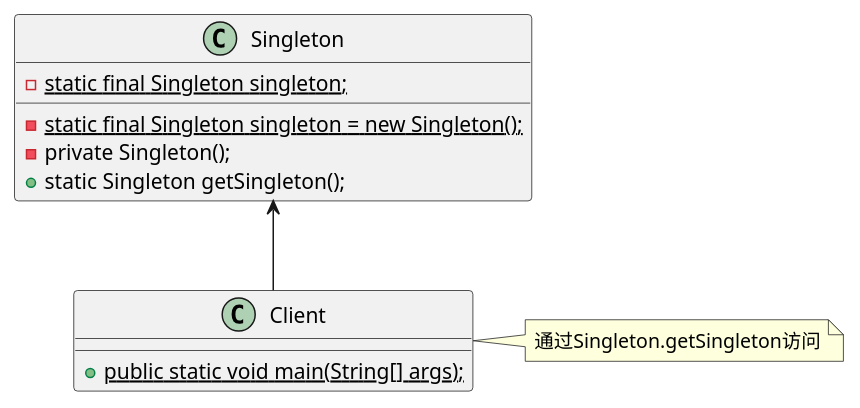
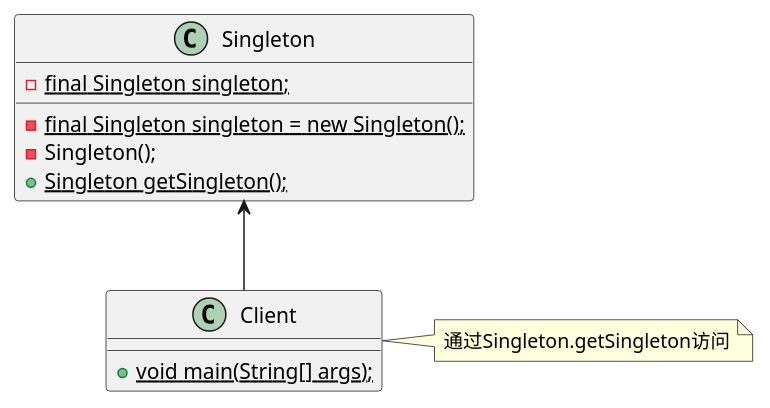
The diagram in src/main/resources/Singleton.puml (haoy1220/The-Zen-of-Design-Patterns), drawn with PlantUML before and after one commit. The commit also changed 15 other files, not shown here.

```diff
--- a/src/main/resources/Singleton.puml
+++ b/src/main/resources/Singleton.puml
@@ -1,17 +1,17 @@
 @startuml
 
 class Client{
-+ {static} public static void main(String[] args);
++ {static} void main(String[] args);
 }
 
 class Singleton{
-- {static} static final Singleton singleton;
-- {static} static final Singleton singleton = new Singleton();
-- private Singleton();
-+ static Singleton getSingleton();
+- {static} final Singleton singleton;
+- {static} final Singleton singleton = new Singleton();
+- Singleton();
++ {static} Singleton getSingleton();
 }
 
 Singleton <-- Client
 
 note right of Client:通过Singleton.getSingleton访问
 @enduml
```
